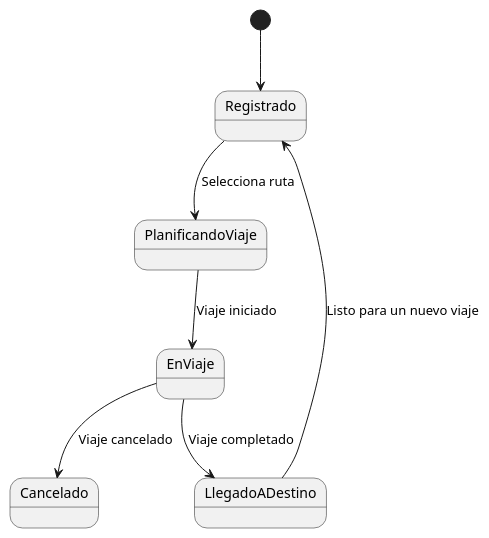
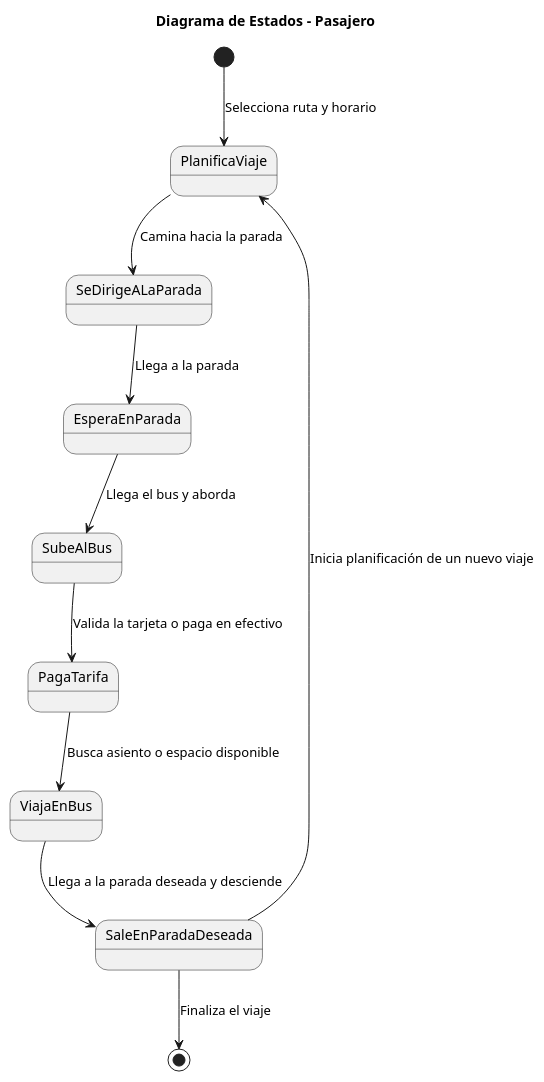
Before and after one commit to Ingenieria-Informatica-UNEATLANTICO/app-actividad-post-parcial-BrendaLopes: the diagram in modelosUML/DdE_Pasajero_Mejorado.puml, drawn with PlantUML. The commit also changed 7 other files, not shown here.

```diff
--- a/modelosUML/DdE_Pasajero_Mejorado.puml
+++ b/modelosUML/DdE_Pasajero_Mejorado.puml
@@ -1,14 +1,16 @@
 @startuml
-[*] --> Registrado
+title Diagrama de Estados - Pasajero
 
-Registrado --> PlanificandoViaje : Selecciona ruta
+[*] --> PlanificaViaje : Selecciona ruta y horario
+PlanificaViaje --> SeDirigeALaParada : Camina hacia la parada
+SeDirigeALaParada --> EsperaEnParada : Llega a la parada
+EsperaEnParada --> SubeAlBus : Llega el bus y aborda
 
-PlanificandoViaje --> EnViaje : Viaje iniciado
+SubeAlBus --> PagaTarifa : Valida la tarjeta o paga en efectivo
+PagaTarifa --> ViajaEnBus : Busca asiento o espacio disponible
+ViajaEnBus --> SaleEnParadaDeseada : Llega a la parada deseada y desciende
 
-EnViaje --> LlegadoADestino : Viaje completado
-
-EnViaje --> Cancelado : Viaje cancelado
-
-LlegadoADestino --> Registrado : Listo para un nuevo viaje
+SaleEnParadaDeseada --> [*] : Finaliza el viaje
+SaleEnParadaDeseada --> PlanificaViaje : Inicia planificación de un nuevo viaje
 
 @enduml
```
